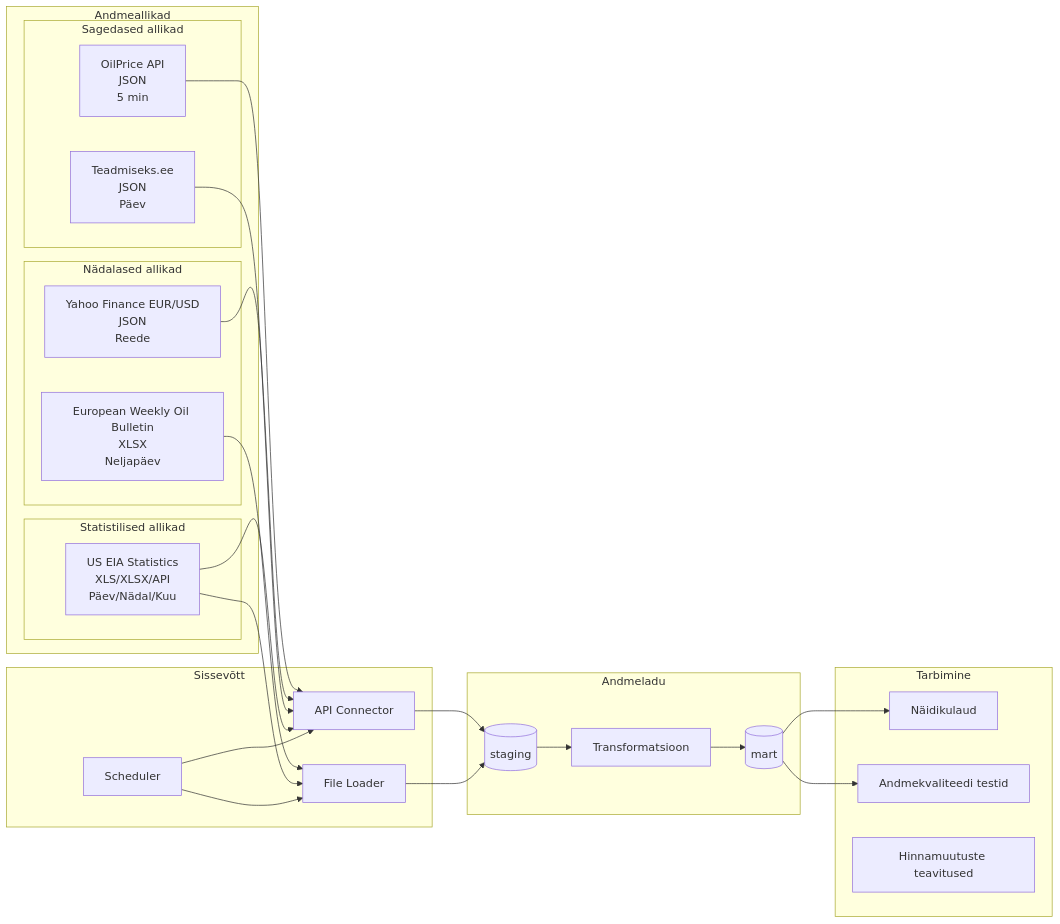
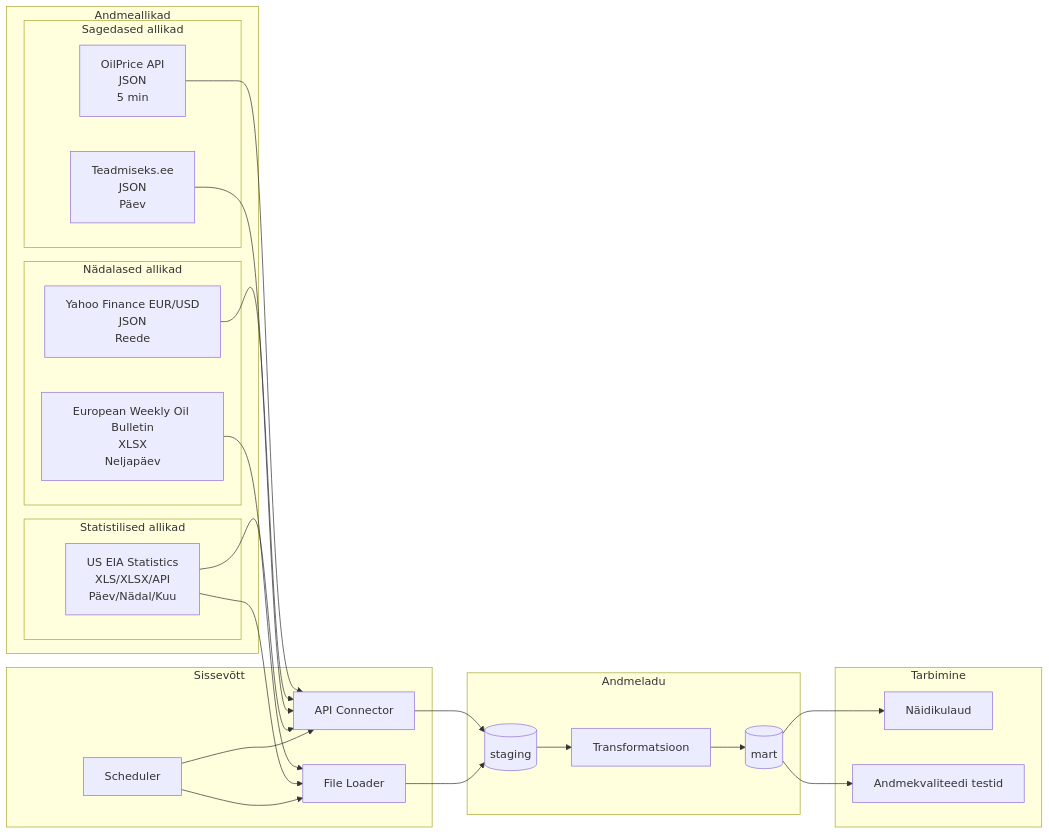
Before and after one commit to godbolts/fuel_analysis: the diagram in docs/arhitektuur.md, drawn with Mermaid. The commit also changed other lines of this file, not shown here.

````diff
--- a/docs/arhitektuur.md
+++ b/docs/arhitektuur.md
@@ -24,58 +24,57 @@
 ```mermaid
 flowchart LR
 
     subgraph Sources["Andmeallikad"]
 
         subgraph Weekly["Nädalased allikad"]
             eu[European Weekly Oil Bulletin<br/>XLSX<br/>Neljapäev]
             yahoo[Yahoo Finance EUR/USD<br/>JSON<br/>Reede]
         end
 
         subgraph Frequent["Sagedased allikad"]
             oil[OilPrice API<br/>JSON<br/>5 min]
             teadmiseks[Teadmiseks.ee<br/>JSON<br/>Päev]
         end
 
         subgraph Statistical["Statistilised allikad"]
             eia[US EIA Statistics<br/>XLS/XLSX/API<br/>Päev/Nädal/Kuu]
         end
     end
 
     subgraph Ingestion["Sissevõtt"]
         api[API Connector]
         file[File Loader]
         scheduler[Scheduler]
     end
 
     subgraph Storage["Andmeladu"]
         staging[(staging)]
         transform[Transformatsioon]
         mart[(mart)]
     end
 
     subgraph Consumption["Tarbimine"]
         dashboard[Näidikulaud]
         quality[Andmekvaliteedi testid]
-        alerts[Hinnamuutuste teavitused]
     end
 
     eu --> file
     eia --> file
 
     oil --> api
     yahoo --> api
     teadmiseks --> api
     eia --> api
 
     scheduler --> api
     scheduler --> file
 
     api --> staging
     file --> staging
 
     staging --> transform
     transform --> mart
 
     mart --> dashboard
     mart --> quality
 ```
````
